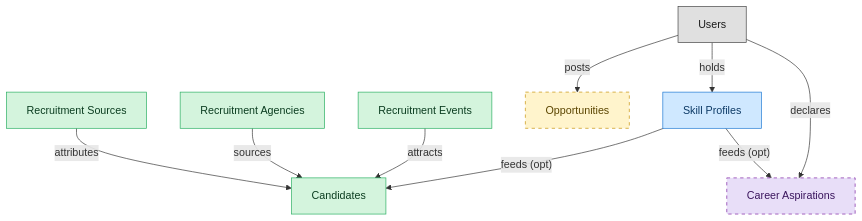
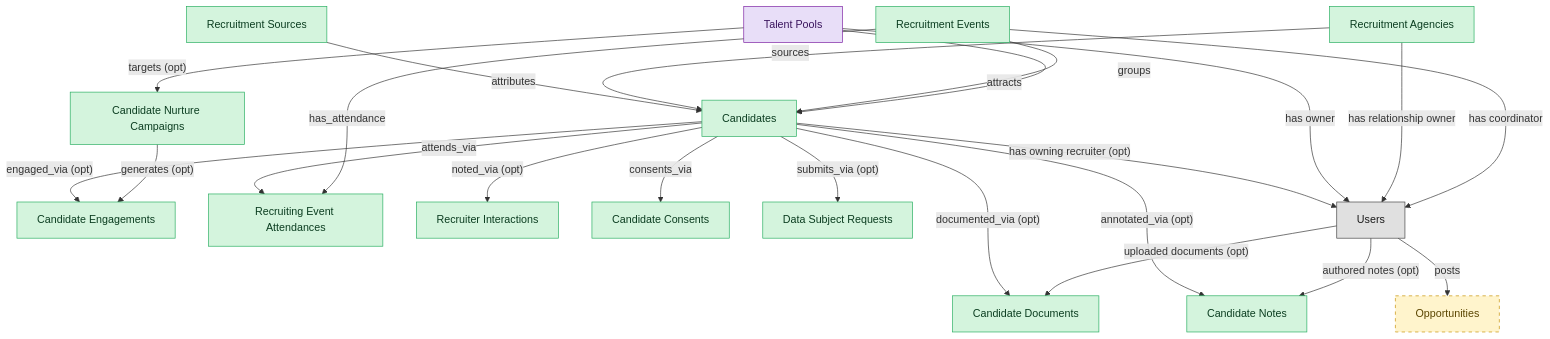
The diagram in catalog/blueprints/ats-candidate-crm-semantic-blueprint.md (IntranetFactory/domain-map), drawn with Mermaid before and after one commit. The commit also changed other lines of this file and 170 other files, not shown here.

````diff
--- a/catalog/blueprints/ats-candidate-crm-semantic-blueprint.md
+++ b/catalog/blueprints/ats-candidate-crm-semantic-blueprint.md
@@ -32,34 +41,59 @@
 ```mermaid
 flowchart TD
   classDef master fill:#d4f4dd,stroke:#27ae60,color:#0b3d20;
   classDef embedded_master fill:#fff4cc,stroke:#c79100,color:#5b4500;
-  classDef contributor fill:#cfe8ff,stroke:#1976d2,color:#0d3a66;
   classDef consumer fill:#e8def8,stroke:#7b1fa2,color:#3a155d;
   classDef platform_builtin fill:#e0e0e0,stroke:#424242,color:#1a1a1a;
   candidates["Candidates"]
   recruitment_sources["Recruitment Sources"]
   recruitment_agencies["Recruitment Agencies"]
   recruitment_events["Recruitment Events"]
-  skill_profiles["Skill Profiles"]
-  career_aspirations["Career Aspirations"]
+  talent_pools["Talent Pools"]
+  candidate_engagements["Candidate Engagements"]
+  candidate_nurture_campaigns["Candidate Nurture Campaigns"]
+  recruiting_event_attendances["Recruiting Event Attendances"]
+  recruiter_interactions["Recruiter Interactions"]
+  candidate_consents["Candidate Consents"]
+  data_subject_requests["Data Subject Requests"]
   internal_opportunities["Opportunities"]
+  candidate_documents["Candidate Documents"]
+  candidate_notes["Candidate Notes"]
   users["Users"]
-  skill_profiles -->|"feeds (opt)"| candidates
-  skill_profiles -->|"feeds (opt)"| career_aspirations
+  candidates -->|"engaged_via (opt)"| candidate_engagements
+  candidate_nurture_campaigns -->|"generates (opt)"| candidate_engagements
+  candidates -->|"attends_via"| recruiting_event_attendances
+  recruitment_events -->|"has_attendance"| recruiting_event_attendances
+  candidates -->|"noted_via (opt)"| recruiter_interactions
+  candidates -->|"consents_via"| candidate_consents
+  talent_pools -->|"targets (opt)"| candidate_nurture_campaigns
+  candidates -->|"submits_via (opt)"| data_subject_requests
+  candidates -->|"documented_via (opt)"| candidate_documents
+  candidates -->|"annotated_via (opt)"| candidate_notes
   recruitment_sources -->|"attributes"| candidates
   recruitment_agencies -->|"sources"| candidates
   recruitment_events -->|"attracts"| candidates
+  talent_pools -->|"groups"| candidates
   users -->|"posts"| internal_opportunities
-  users -->|"holds"| skill_profiles
-  users -->|"declares"| career_aspirations
+  candidates -->|"has owning recruiter (opt)"| users
+  talent_pools -->|"has owner"| users
+  recruitment_agencies -->|"has relationship owner"| users
+  recruitment_events -->|"has coordinator"| users
+  users -->|"uploaded documents (opt)"| candidate_documents
+  users -->|"authored notes (opt)"| candidate_notes
   class candidates master;
   class recruitment_sources master;
   class recruitment_agencies master;
   class recruitment_events master;
-  class skill_profiles contributor;
-  class career_aspirations consumer;
+  class talent_pools consumer;
+  class candidate_engagements master;
+  class candidate_nurture_campaigns master;
+  class recruiting_event_attendances master;
+  class recruiter_interactions master;
+  class candidate_consents master;
+  class data_subject_requests master;
   class internal_opportunities embedded_master;
+  class candidate_documents master;
+  class candidate_notes master;
   class users platform_builtin;
-  style career_aspirations stroke-dasharray:5 5;
   style internal_opportunities stroke-dasharray:5 5;
 ```
````
